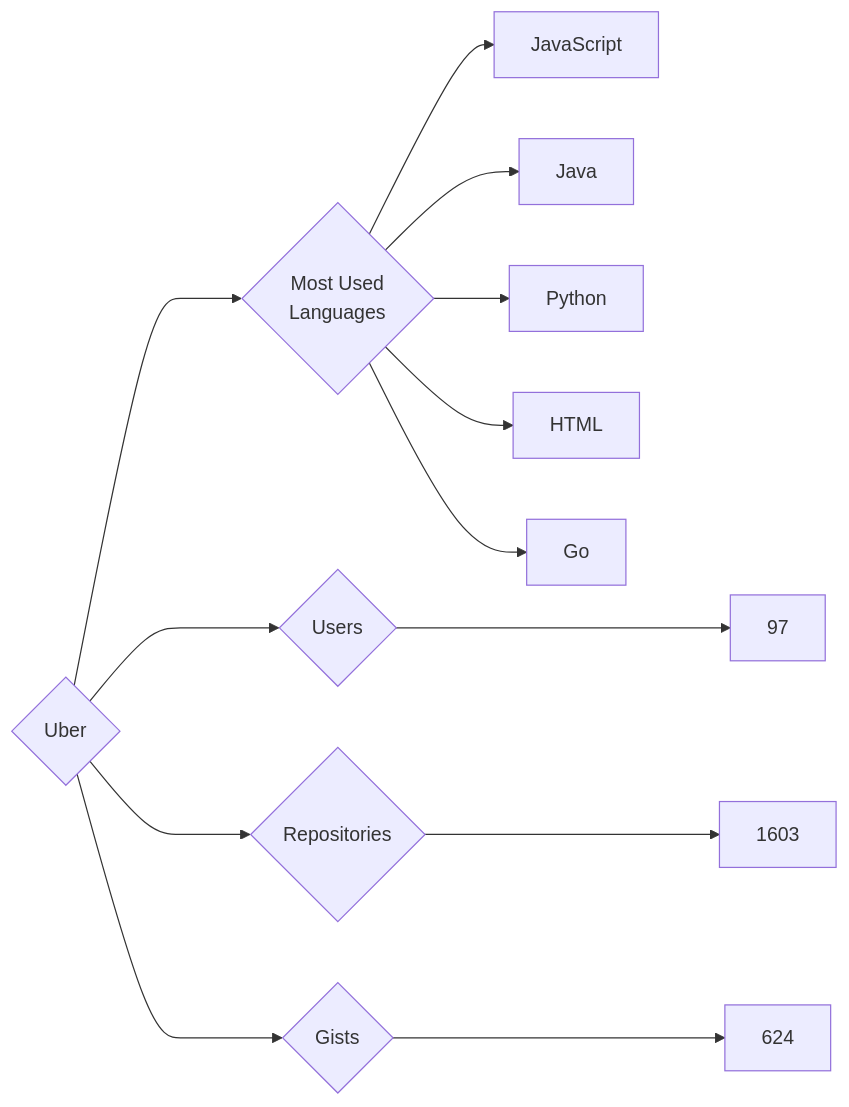
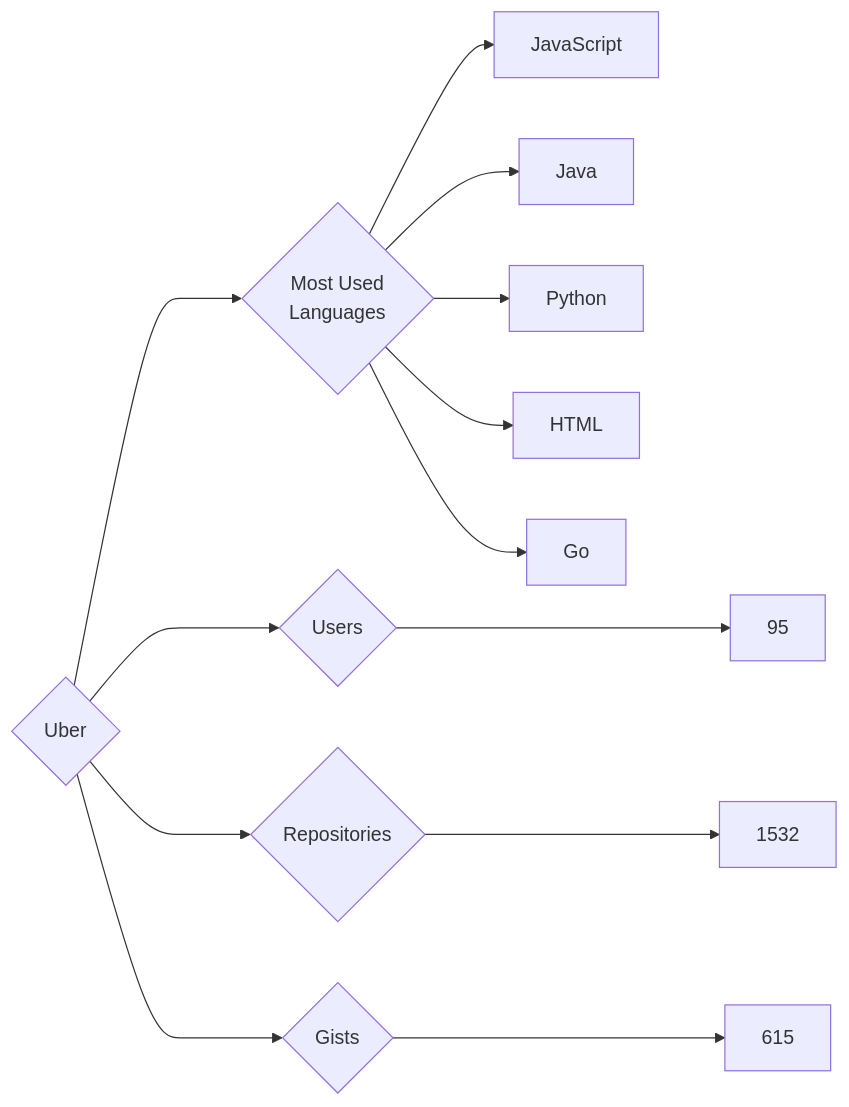
The diagram in targets/Uber/README.md (trickest/insiders), drawn with Mermaid before and after one commit. The commit also changed 787 other files, not shown here.

````diff
--- a/targets/Uber/README.md
+++ b/targets/Uber/README.md
@@ -3,13 +3,13 @@
 ```mermaid
 graph LR
 COMPANY_NAME{Uber}
-COMPANY_NAME ---> U{Users} ---> UN[97]
-COMPANY_NAME ---> R{Repositories} ---> RN[1603]
-COMPANY_NAME ---> G{Gists} ---> GN[624]
+COMPANY_NAME ---> U{Users} ---> UN[95]
+COMPANY_NAME ---> R{Repositories} ---> RN[1532]
+COMPANY_NAME ---> G{Gists} ---> GN[615]
 COMPANY_NAME ---> ML{Most Used<br>Languages}
 ML --> JavaScript[JavaScript]
 ML --> Java[Java]
 ML --> Python[Python]
 ML --> HTML[HTML]
 ML --> Go[Go]
 ```
````
